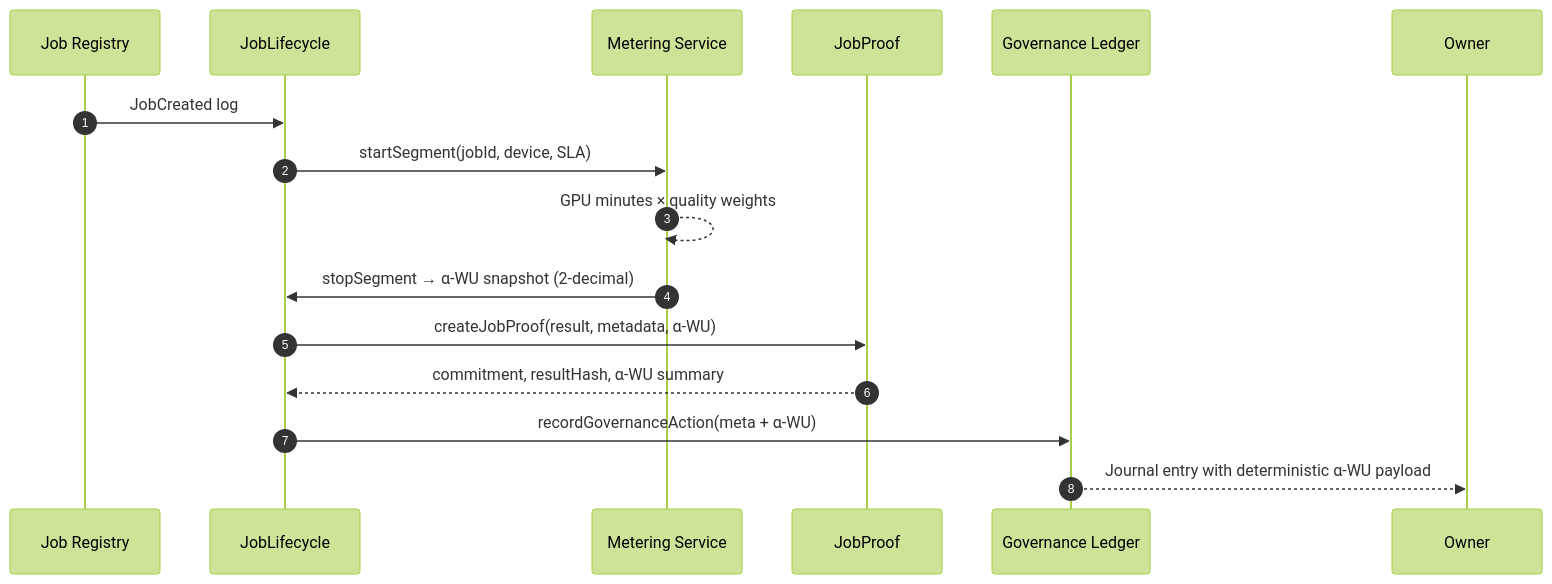
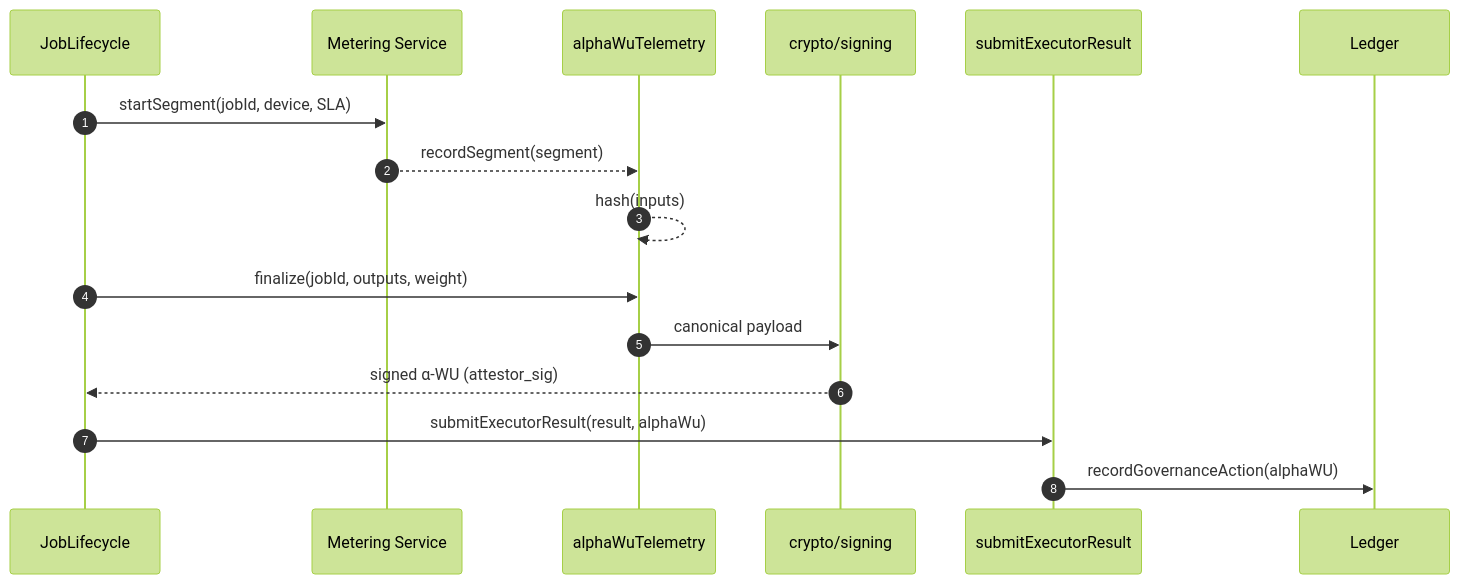
One commit to MontrealAI/AGI-Alpha-Node-v0 changed the third of 3 diagrams in README.md. Above: the diagram before and after it, drawn with Mermaid (forest theme). The commit also changed other lines of this file and 16 other files, not shown here.

Commit message:
Implement alpha-WU telemetry signing and orchestrator enforcement

````diff
--- a/README.md
+++ b/README.md
@@ -118,18 +129,18 @@
 ```mermaid
 sequenceDiagram
   autonumber
-  participant Registry as Job Registry
   participant Lifecycle as JobLifecycle
   participant Metering as Metering Service
-  participant Proof as JobProof
-  participant Ledger as Governance Ledger
+  participant Telemetry as alphaWuTelemetry
+  participant Signer as crypto/signing
+  participant Orchestrator as submitExecutorResult
 
-  Registry->>Lifecycle: JobCreated log
   Lifecycle->>Metering: startSegment(jobId, device, SLA)
-  Metering-->>Metering: GPU minutes × quality weights
-  Metering->>Lifecycle: stopSegment → α-WU snapshot (2-decimal)
-  Lifecycle->>Proof: createJobProof(result, metadata, α-WU)
-  Proof-->>Lifecycle: commitment, resultHash, α-WU summary
-  Lifecycle->>Ledger: recordGovernanceAction(meta + α-WU)
-  Ledger-->>Owner: Journal entry with deterministic α-WU payload
+  Metering-->>Telemetry: recordSegment(segment)
+  Telemetry-->>Telemetry: hash(inputs)
+  Lifecycle->>Telemetry: finalize(jobId, outputs, weight)
+  Telemetry->>Signer: canonical payload
+  Signer-->>Lifecycle: signed α-WU (attestor_sig)
+  Lifecycle->>Orchestrator: submitExecutorResult(result, alphaWu)
+  Orchestrator->>Ledger: recordGovernanceAction(alphaWU)
 ```
````
